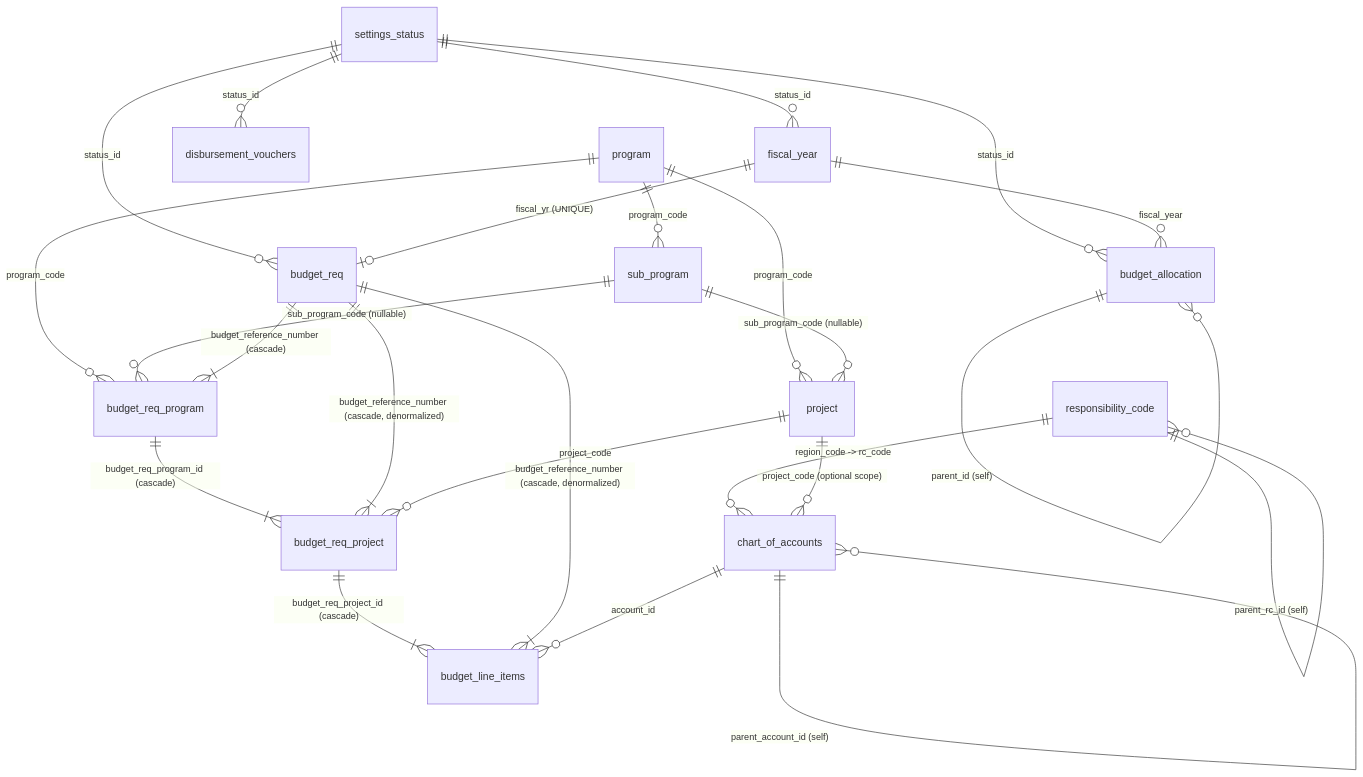
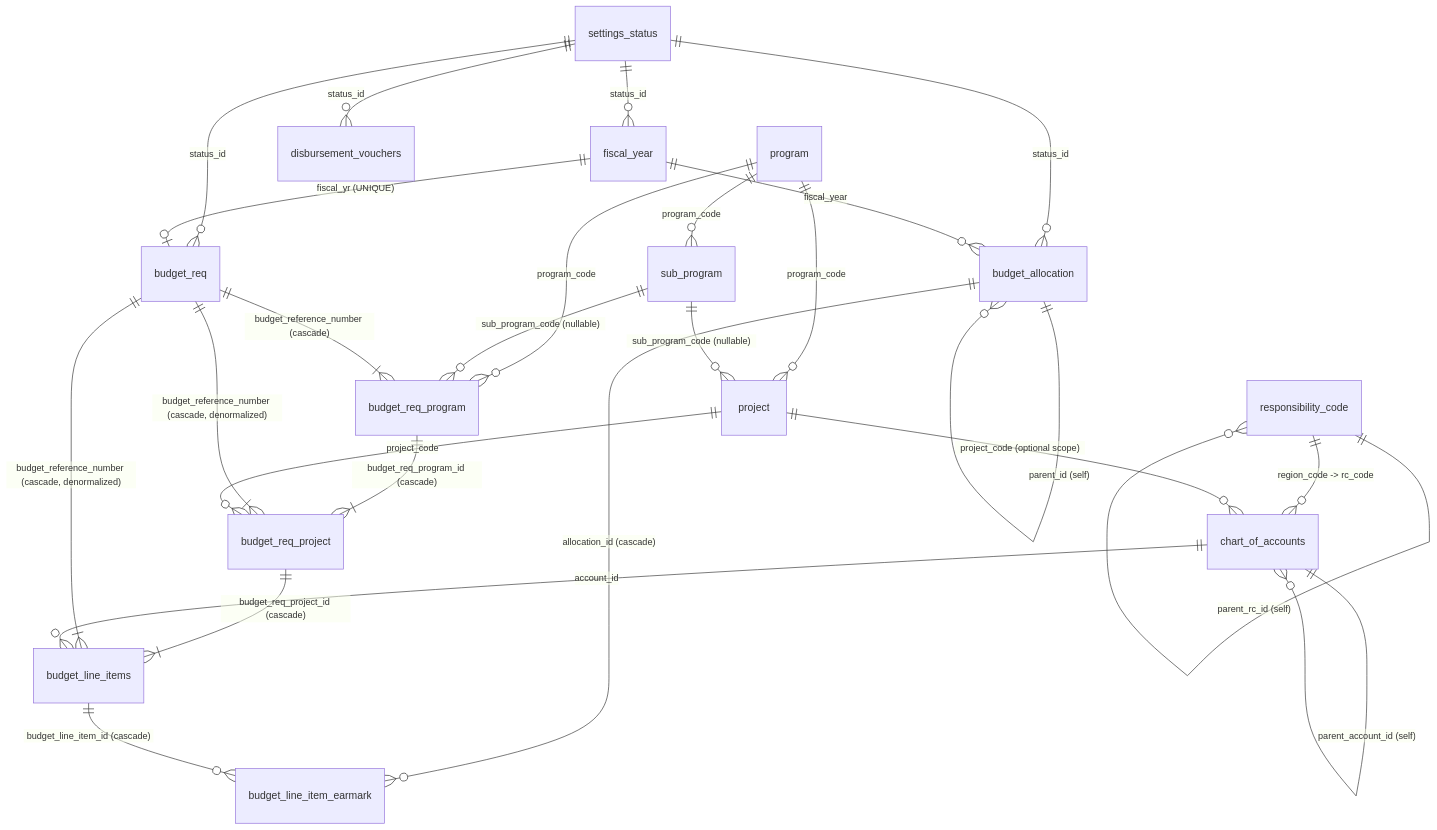
The fourth of 7 diagrams in system_docs/ERD/README.md (A-team-ITBS/fims-nha), drawn with Mermaid before and after one commit. The commit also changed other lines of this file and 1 other file, not shown here.

````diff
--- a/system_docs/ERD/README.md
+++ b/system_docs/ERD/README.md
@@ -126,26 +129,28 @@
 ```mermaid
 erDiagram
     settings_status ||--o{ fiscal_year : "status_id"
     settings_status ||--o{ budget_req : "status_id"
     settings_status ||--o{ budget_allocation : "status_id"
     settings_status ||--o{ disbursement_vouchers : "status_id"
     fiscal_year ||--o| budget_req : "fiscal_yr (UNIQUE)"
     fiscal_year ||--o{ budget_allocation : "fiscal_year"
     program ||--o{ sub_program : "program_code"
     program ||--o{ project : "program_code"
     program ||--o{ budget_req_program : "program_code"
     sub_program ||--o{ project : "sub_program_code (nullable)"
     sub_program ||--o{ budget_req_program : "sub_program_code (nullable)"
     budget_req ||--|{ budget_req_program : "budget_reference_number (cascade)"
     budget_req_program ||--|{ budget_req_project : "budget_req_program_id (cascade)"
     budget_req ||--|{ budget_req_project : "budget_reference_number (cascade, denormalized)"
     project ||--o{ budget_req_project : "project_code"
     budget_req_project ||--|{ budget_line_items : "budget_req_project_id (cascade)"
     budget_req ||--|{ budget_line_items : "budget_reference_number (cascade, denormalized)"
     chart_of_accounts ||--o{ budget_line_items : "account_id"
     chart_of_accounts ||--o{ chart_of_accounts : "parent_account_id (self)"
     responsibility_code ||--o{ responsibility_code : "parent_rc_id (self)"
     responsibility_code ||--o{ chart_of_accounts : "region_code -> rc_code"
     project ||--o{ chart_of_accounts : "project_code (optional scope)"
     budget_allocation ||--o{ budget_allocation : "parent_id (self)"
+    budget_allocation ||--o{ budget_line_item_earmark : "allocation_id (cascade)"
+    budget_line_items ||--o{ budget_line_item_earmark : "budget_line_item_id (cascade)"
 ```
````
